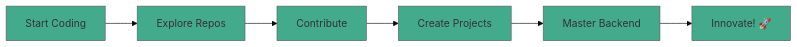
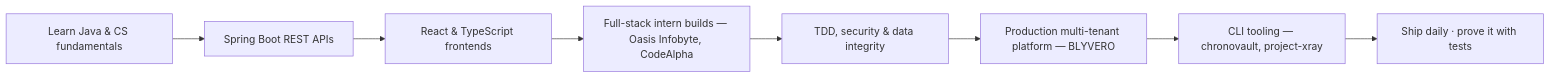
The diagram in README.md (100raav/100raav), drawn with Mermaid before and after one commit. The commit also changed other lines of this file and 1 other file, not shown here.

````diff
--- a/README.md
+++ b/README.md
@@ -51,5 +103,10 @@
 ```mermaid
-%%{init: {"theme": "base", "themeVariables": {"primaryColor": "#43aa8b", "edgeLabelBackground":"#4d908e"}} }%%
-graph LR
-A[Start Coding] --> B[Explore Repos] --> C[Contribute] --> D[Create Projects] --> E[Master Backend] --> F[Innovate! 🚀]
+flowchart LR
+  A[Learn Java & CS fundamentals] --> B[Spring Boot REST APIs]
+  B --> C[React & TypeScript frontends]
+  C --> D[Full-stack intern builds — Oasis Infobyte, CodeAlpha]
+  D --> E[TDD, security & data integrity]
+  E --> F[Production multi-tenant platform — BLYVERO]
+  F --> G[CLI tooling — chronovault, project-xray]
+  G --> H[Ship daily · prove it with tests]
 ```
````
